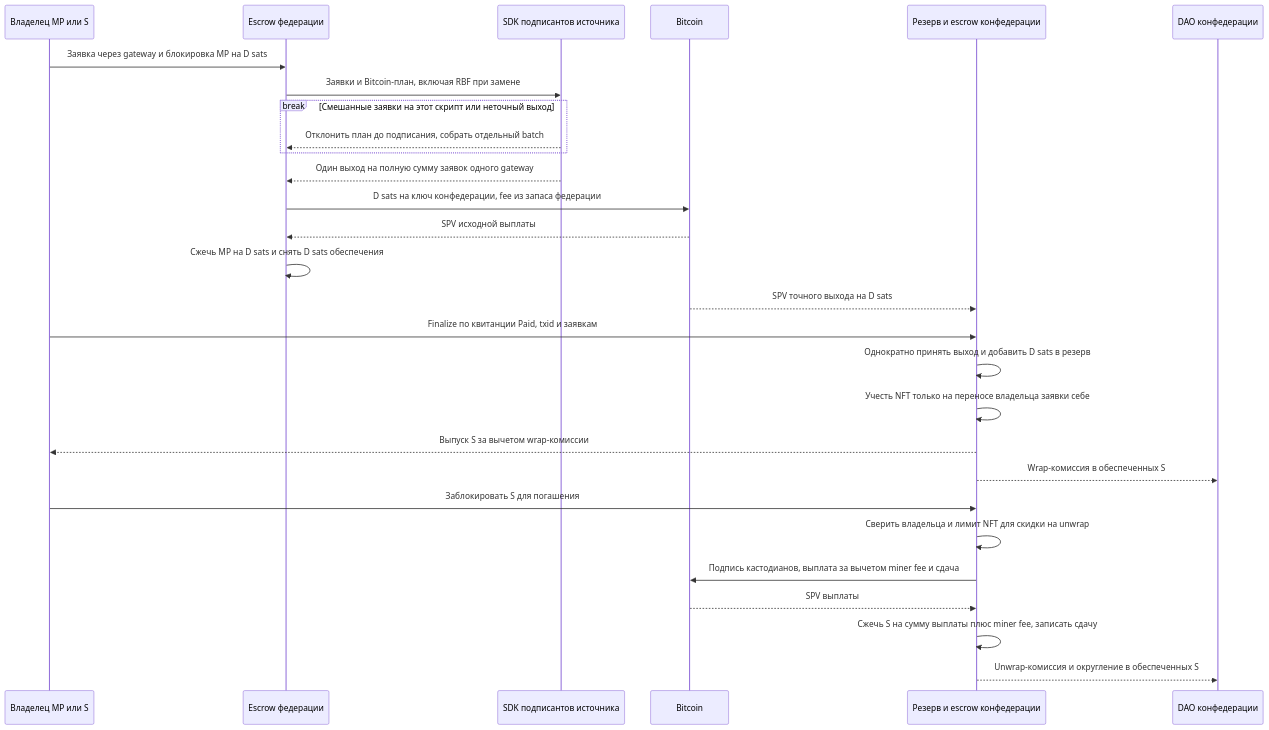
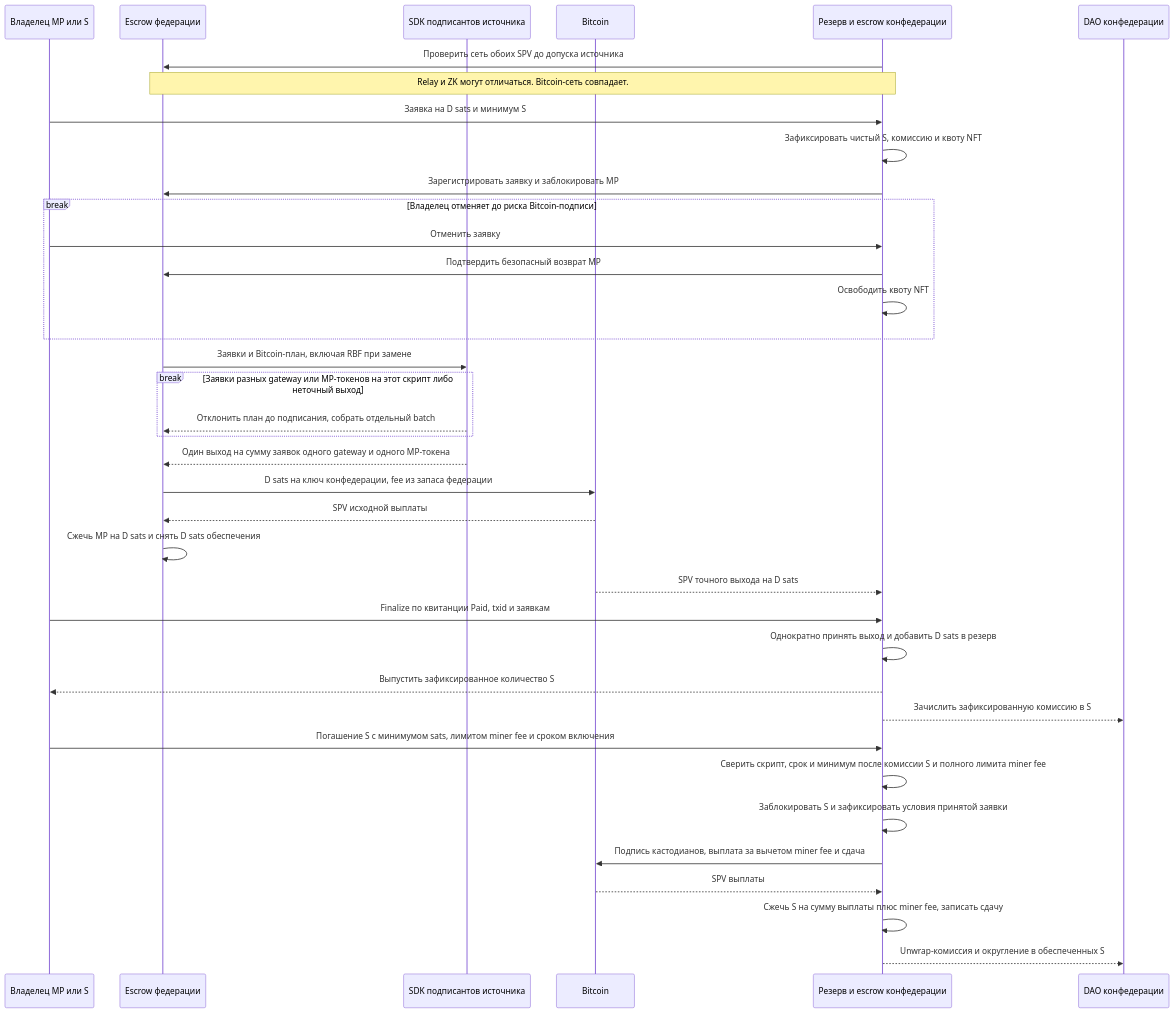
The first of 4 diagrams in docs/BITCOIN_CUSTODY_TRANSFER.md (SergeyBelets/SatFiSetup), drawn with Mermaid before and after one commit. The commit also changed other lines of this file and 364 other files, not shown here.

````diff
--- a/docs/BITCOIN_CUSTODY_TRANSFER.md
+++ b/docs/BITCOIN_CUSTODY_TRANSFER.md
@@ -11,32 +26,41 @@
 ```mermaid
 sequenceDiagram
     accTitle: MP → S → BTC в профиле V3
-    accDescr: SDK выделяет заявкам одного gateway точный Bitcoin-выход до подписания. Исходный расчёт уменьшает обеспечение MP, приём выхода выпускает S, а погашение S покрывает выплату и комиссию майнеров.
+    accDescr: Совпадение Bitcoin-сети проверяется до допуска источника. До Bitcoin-подписи фиксируются выпуск S и комиссия. Исходный расчёт уменьшает обеспечение MP, после приёма точного выхода выпускается S.
     participant U as Владелец MP или S
     participant F as Escrow федерации
     participant K as SDK подписантов источника
     participant B as Bitcoin
     participant C as Резерв и escrow конфедерации
     participant A as DAO конфедерации
-    U->>F: Заявка через gateway и блокировка MP на D sats
+    C->>F: Проверить сеть обоих SPV до допуска источника
+    Note over F,C: Relay и ZK могут отличаться. Bitcoin-сеть совпадает.
+    U->>C: Заявка на D sats и минимум S
+    C->>C: Зафиксировать чистый S, комиссию и квоту NFT
+    C->>F: Зарегистрировать заявку и заблокировать MP
+    break Владелец отменяет до риска Bitcoin-подписи
+        U->>C: Отменить заявку
+        C->>F: Подтвердить безопасный возврат MP
+        C->>C: Освободить квоту NFT
+    end
     F->>K: Заявки и Bitcoin-план, включая RBF при замене
-    break Смешанные заявки на этот скрипт или неточный выход
+    break Заявки разных gateway или MP-токенов на этот скрипт либо неточный выход
         K-->>F: Отклонить план до подписания, собрать отдельный batch
     end
-    K-->>F: Один выход на полную сумму заявок одного gateway
+    K-->>F: Один выход на сумму заявок одного gateway и одного MP-токена
     F->>B: D sats на ключ конфедерации, fee из запаса федерации
     B-->>F: SPV исходной выплаты
     F->>F: Сжечь MP на D sats и снять D sats обеспечения
     B-->>C: SPV точного выхода на D sats
     U->>C: Finalize по квитанции Paid, txid и заявкам
     C->>C: Однократно принять выход и добавить D sats в резерв
-    C->>C: Учесть NFT только на переносе владельца заявки себе
-    C-->>U: Выпуск S за вычетом wrap-комиссии
-    C-->>A: Wrap-комиссия в обеспеченных S
-    U->>C: Заблокировать S для погашения
-    C->>C: Сверить владельца и лимит NFT для скидки на unwrap
+    C-->>U: Выпустить зафиксированное количество S
+    C-->>A: Зачислить зафиксированную комиссию в S
+    U->>C: Погашение S с минимумом sats, лимитом miner fee и сроком включения
+    C->>C: Сверить скрипт, срок и минимум после комиссии S и полного лимита miner fee
+    C->>C: Заблокировать S и зафиксировать условия принятой заявки
     C->>B: Подпись кастодианов, выплата за вычетом miner fee и сдача
     B-->>C: SPV выплаты
     C->>C: Сжечь S на сумму выплаты плюс miner fee, записать сдачу
     C-->>A: Unwrap-комиссия и округление в обеспеченных S
 ```
````
